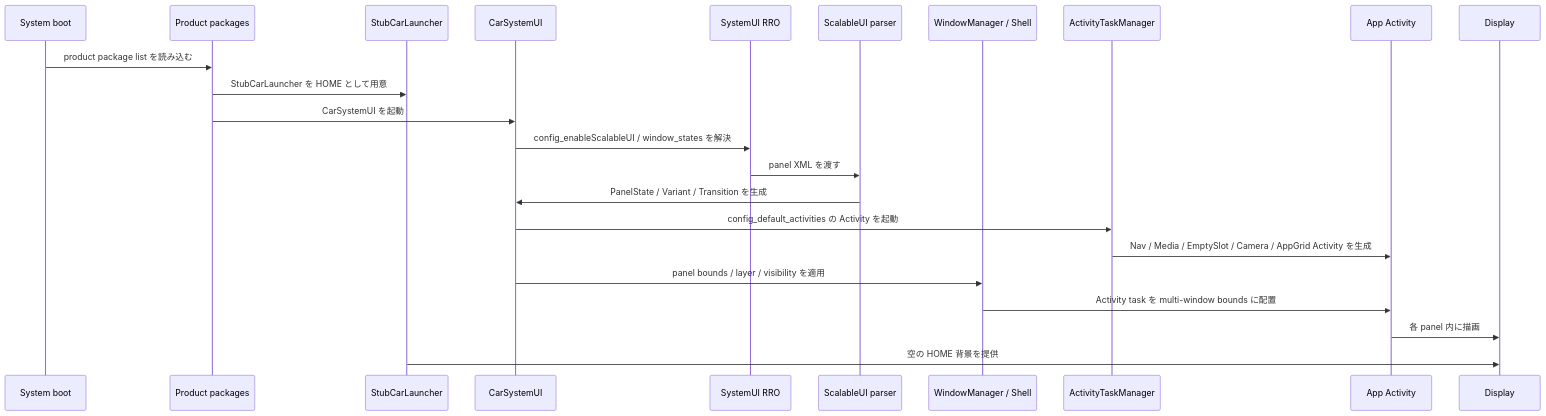
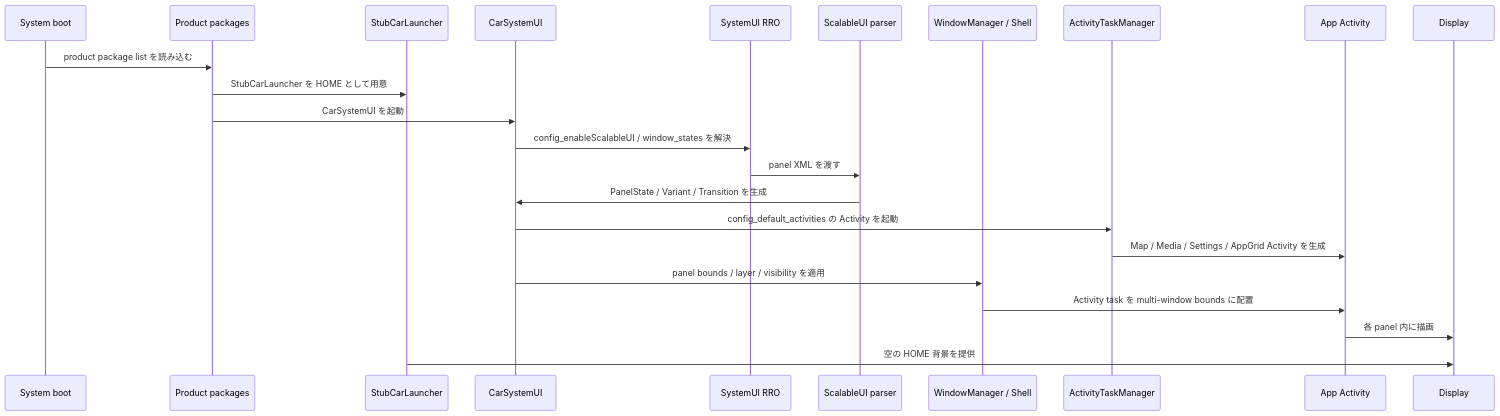
The second of 7 diagrams in docs/scalableui_window_manager_flow_ja.md (Nyma-fuk/scalableui-poc), drawn with Mermaid before and after one commit. The commit also changed other lines of this file and 49 other files, not shown here.

````diff
--- a/docs/scalableui_window_manager_flow_ja.md
+++ b/docs/scalableui_window_manager_flow_ja.md
@@ -85,26 +87,26 @@
 ```mermaid
 sequenceDiagram
     participant Boot as System boot
     participant Product as Product packages
     participant Launcher as StubCarLauncher
     participant SysUI as CarSystemUI
     participant RRO as SystemUI RRO
     participant Parser as ScalableUI parser
     participant WM as WindowManager / Shell
     participant ATM as ActivityTaskManager
     participant App as App Activity
     participant Screen as Display
 
     Boot->>Product: product package list を読み込む
     Product->>Launcher: StubCarLauncher を HOME として用意
     Product->>SysUI: CarSystemUI を起動
     SysUI->>RRO: config_enableScalableUI / window_states を解決
     RRO->>Parser: panel XML を渡す
     Parser->>SysUI: PanelState / Variant / Transition を生成
     SysUI->>ATM: config_default_activities の Activity を起動
-    ATM->>App: Nav / Media / EmptySlot / Camera / AppGrid Activity を生成
+    ATM->>App: Map / Media / Settings / AppGrid Activity を生成
     SysUI->>WM: panel bounds / layer / visibility を適用
     WM->>App: Activity task を multi-window bounds に配置
     App->>Screen: 各 panel 内に描画
     Launcher->>Screen: 空の HOME 背景を提供
 ```
````
